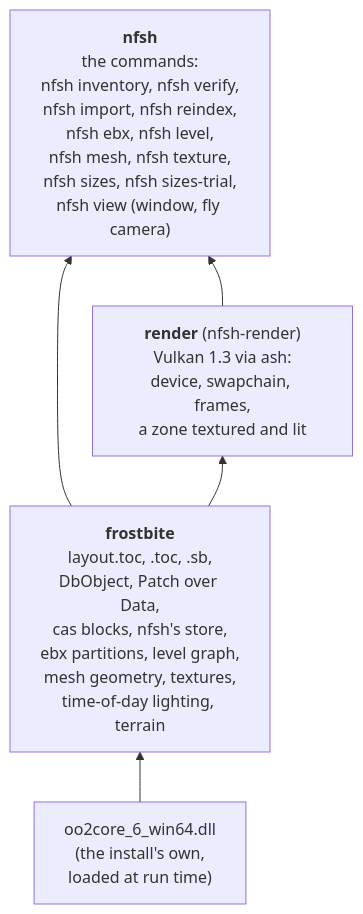
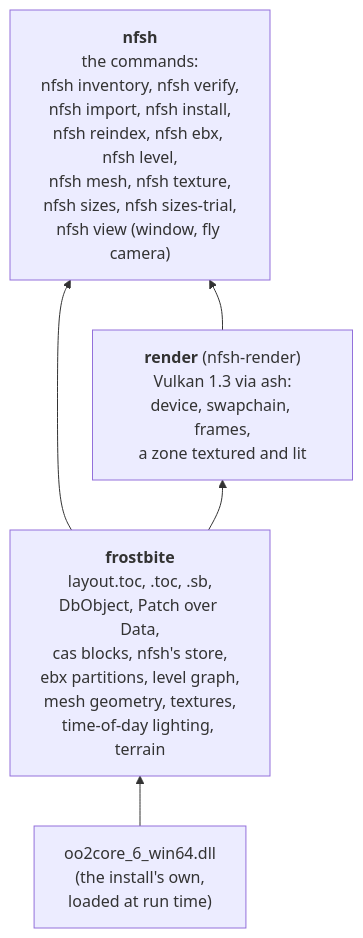
Before and after one commit to cmprssd/nfsh: the second of 4 diagrams in docs/OVERVIEW.md, drawn with Mermaid. The commit also changed other lines of this file and 20 other files, not shown here.

First line of the commit message:
feat: nfsh install, a copy of the parts and tiers kept; release 0.27.0 (#46)

````diff
--- a/docs/OVERVIEW.md
+++ b/docs/OVERVIEW.md
@@ -60,11 +60,11 @@
 ```mermaid
 flowchart BT
     fb["<b>frostbite</b><br/>layout.toc, .toc, .sb,<br/>DbObject, Patch over Data,<br/>cas blocks, nfsh's store,<br/>ebx partitions, level graph,<br/>mesh geometry, textures,<br/>time-of-day lighting, terrain"]
     oo["oo2core_6_win64.dll<br/>(the install's own,<br/>loaded at run time)"]
     render["<b>render</b> (nfsh-render)<br/>Vulkan 1.3 via ash:<br/>device, swapchain, frames,<br/>a zone textured and lit"]
-    app["<b>nfsh</b><br/>the commands:<br/>nfsh inventory, nfsh verify,<br/>nfsh import, nfsh reindex,<br/>nfsh ebx, nfsh level,<br/>nfsh mesh, nfsh texture,<br/>nfsh sizes, nfsh sizes-trial,<br/>nfsh view (window, fly camera)"]
+    app["<b>nfsh</b><br/>the commands:<br/>nfsh inventory, nfsh verify,<br/>nfsh import, nfsh install,<br/>nfsh reindex, nfsh ebx, nfsh level,<br/>nfsh mesh, nfsh texture,<br/>nfsh sizes, nfsh sizes-trial,<br/>nfsh view (window, fly camera)"]
     oo --> fb
     fb --> render
     fb --> app
     render --> app
 ```
````
